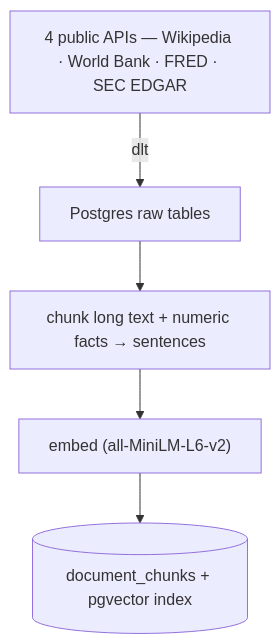
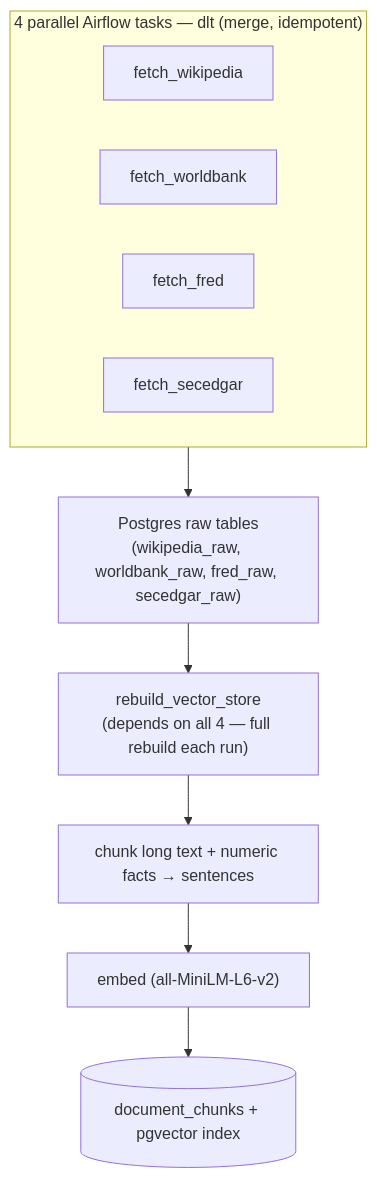
The second of 4 diagrams in README.md (vadimvvlasov/llm-fact-checker), drawn with Mermaid before and after one commit. The commit also changed other lines of this file, not shown here.

First line of the commit message:
docs(README): restructure for evaluation criteria and clarify architecture phases

````diff
--- a/README.md
+++ b/README.md
@@ -57,7 +62,14 @@
 ```mermaid
 flowchart TB
-    API["4 public APIs — Wikipedia · World Bank · FRED · SEC EDGAR"] -->|dlt| RAW["Postgres raw tables"]
-    RAW --> CHUNK["chunk long text + numeric facts → sentences"]
+    subgraph FETCH["4 parallel Airflow tasks — dlt (merge, idempotent)"]
+        WIKI["fetch_wikipedia"]
+        WB["fetch_worldbank"]
+        FRED["fetch_fred"]
+        SEC["fetch_secedgar"]
+    end
+    FETCH --> RAW["Postgres raw tables<br/>(wikipedia_raw, worldbank_raw, fred_raw, secedgar_raw)"]
+    RAW --> REBUILD["rebuild_vector_store<br/>(depends on all 4 — full rebuild each run)"]
+    REBUILD --> CHUNK["chunk long text + numeric facts → sentences"]
     CHUNK --> EMB["embed (all-MiniLM-L6-v2)"]
     EMB --> KB[("document_chunks + pgvector index")]
 ```
````
